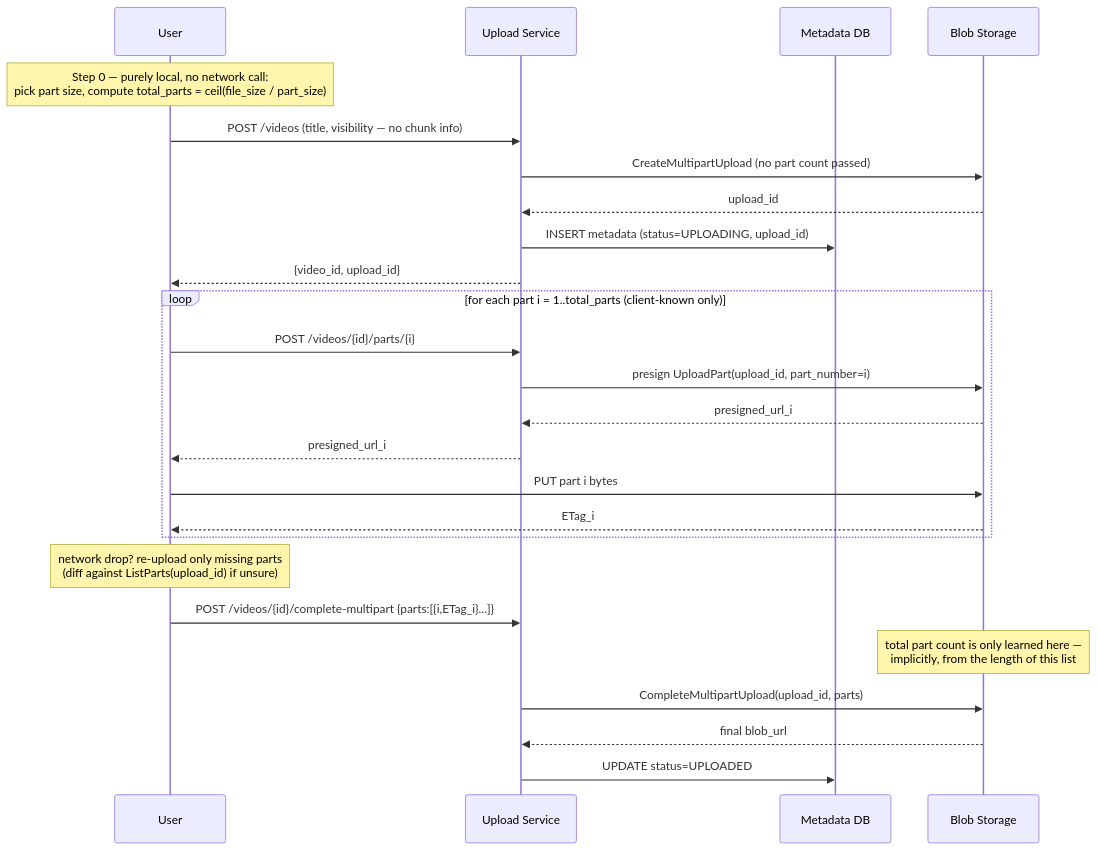
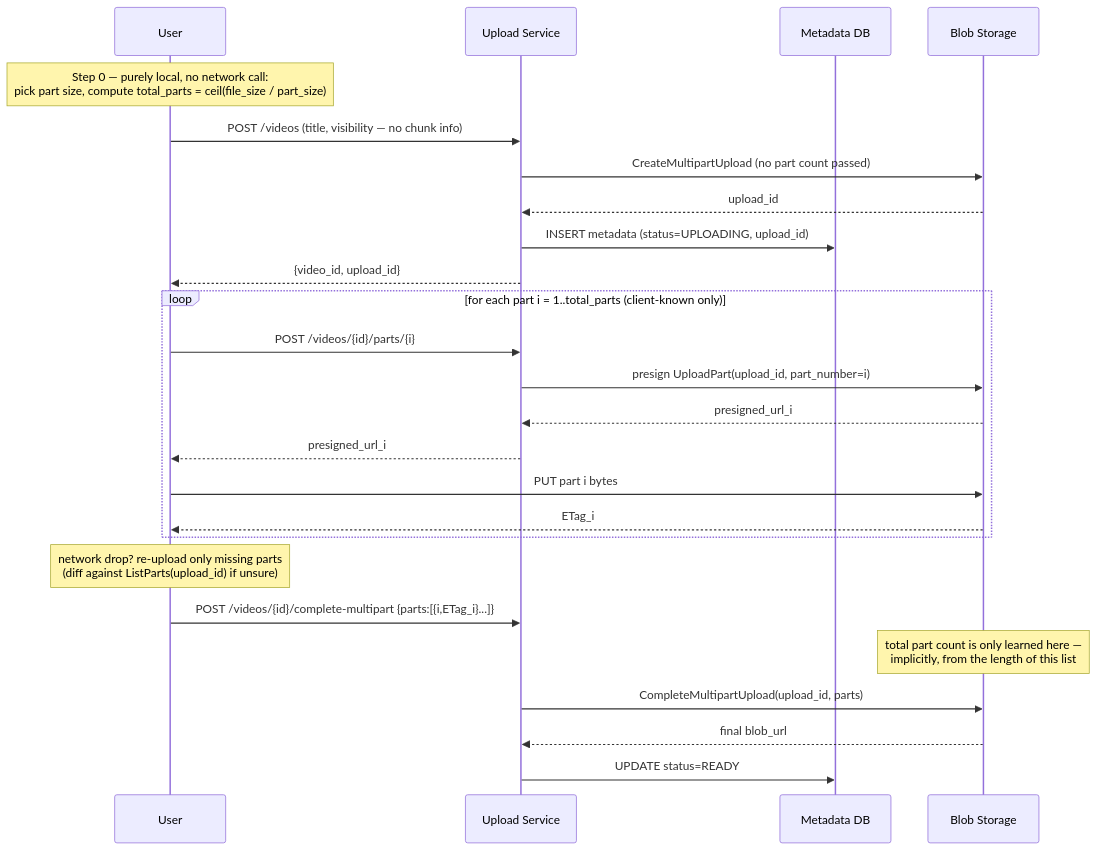
Before and after one commit to riyaz-pasha/Learnings: the sixth of 20 diagrams in system-design/HLD/0-course/26-Design YouTube-FAANG-Guide-Interview-Version.md, drawn with Mermaid. The commit also changed other lines of this file, not shown here.

````diff
--- a/system-design/HLD/0-course/26-Design YouTube-FAANG-Guide-Interview-Version.md
+++ b/system-design/HLD/0-course/26-Design YouTube-FAANG-Guide-Interview-Version.md
@@ -276,32 +282,32 @@
 ```mermaid
 sequenceDiagram
     participant U as User
     participant UP as Upload Service
     participant DB as Metadata DB
     participant BS as Blob Storage
 
     Note over U: Step 0 — purely local, no network call:<br/>pick part size, compute total_parts = ceil(file_size / part_size)
 
     U->>UP: POST /videos (title, visibility — no chunk info)
     UP->>BS: CreateMultipartUpload (no part count passed)
     BS-->>UP: upload_id
     UP->>DB: INSERT metadata (status=UPLOADING, upload_id)
     UP-->>U: {video_id, upload_id}
 
     loop for each part i = 1..total_parts (client-known only)
         U->>UP: POST /videos/{id}/parts/{i}
         UP->>BS: presign UploadPart(upload_id, part_number=i)
         BS-->>UP: presigned_url_i
         UP-->>U: presigned_url_i
         U->>BS: PUT part i bytes
         BS-->>U: ETag_i
     end
 
     Note over U: network drop? re-upload only missing parts<br/>(diff against ListParts(upload_id) if unsure)
 
     U->>UP: POST /videos/{id}/complete-multipart {parts:[{i,ETag_i}...]}
     Note over BS: total part count is only learned here —<br/>implicitly, from the length of this list
     UP->>BS: CompleteMultipartUpload(upload_id, parts)
     BS-->>UP: final blob_url
-    UP->>DB: UPDATE status=UPLOADED
+    UP->>DB: UPDATE status=READY
 ```
````
